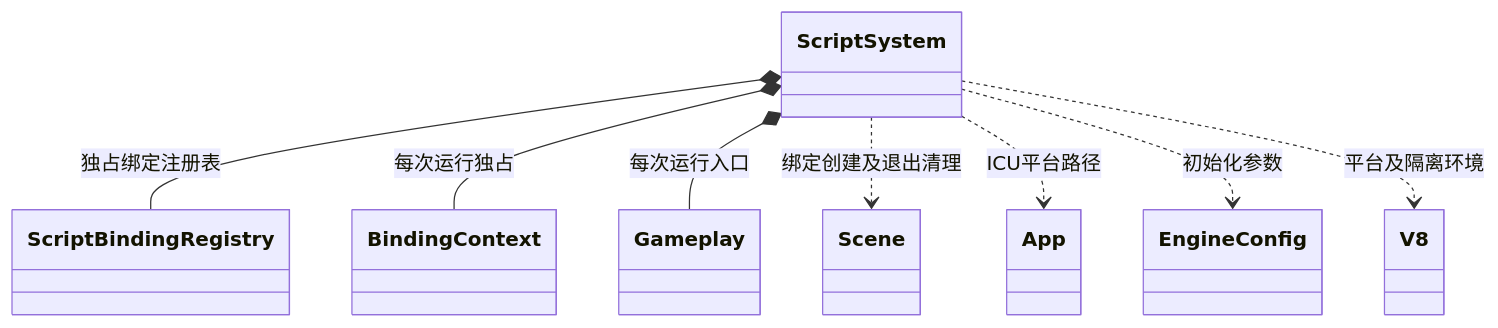
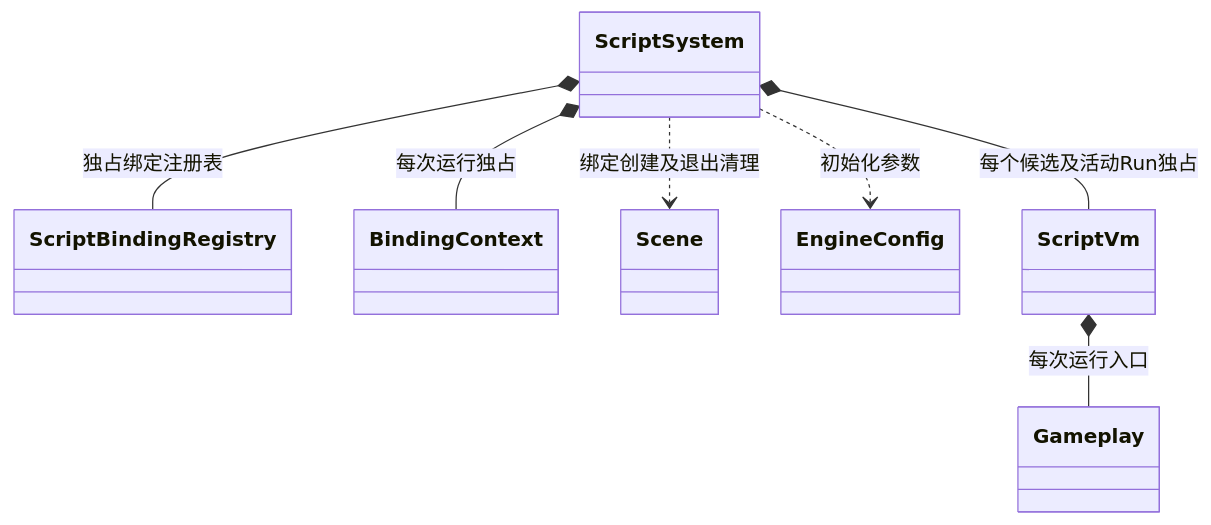
Before and after one commit to lcals/Engine: the second of 2 diagrams in docs/plugins/runtime/class-diagrams/script-system.md, drawn with Mermaid. The commit also changed other lines of this file and 94 other files, not shown here.

````diff
--- a/docs/plugins/runtime/class-diagrams/script-system.md
+++ b/docs/plugins/runtime/class-diagrams/script-system.md
@@ -48,18 +48,16 @@
 ```mermaid
 classDiagram
     class ScriptSystem
     class ScriptBindingRegistry
     class BindingContext
     class Gameplay
     class Scene
-    class App
     class EngineConfig
-    class V8["V8"]
+    class ScriptVm
     ScriptSystem *-- ScriptBindingRegistry : 独占绑定注册表
     ScriptSystem *-- BindingContext : 每次运行独占
-    ScriptSystem *-- Gameplay : 每次运行入口
+    ScriptVm *-- Gameplay : 每次运行入口
     ScriptSystem ..> Scene : 绑定创建及退出清理
-    ScriptSystem ..> App : ICU平台路径
     ScriptSystem ..> EngineConfig : 初始化参数
-    ScriptSystem ..> V8 : 平台及隔离环境
+    ScriptSystem *-- ScriptVm : 每个候选及活动Run独占
 ```
````
